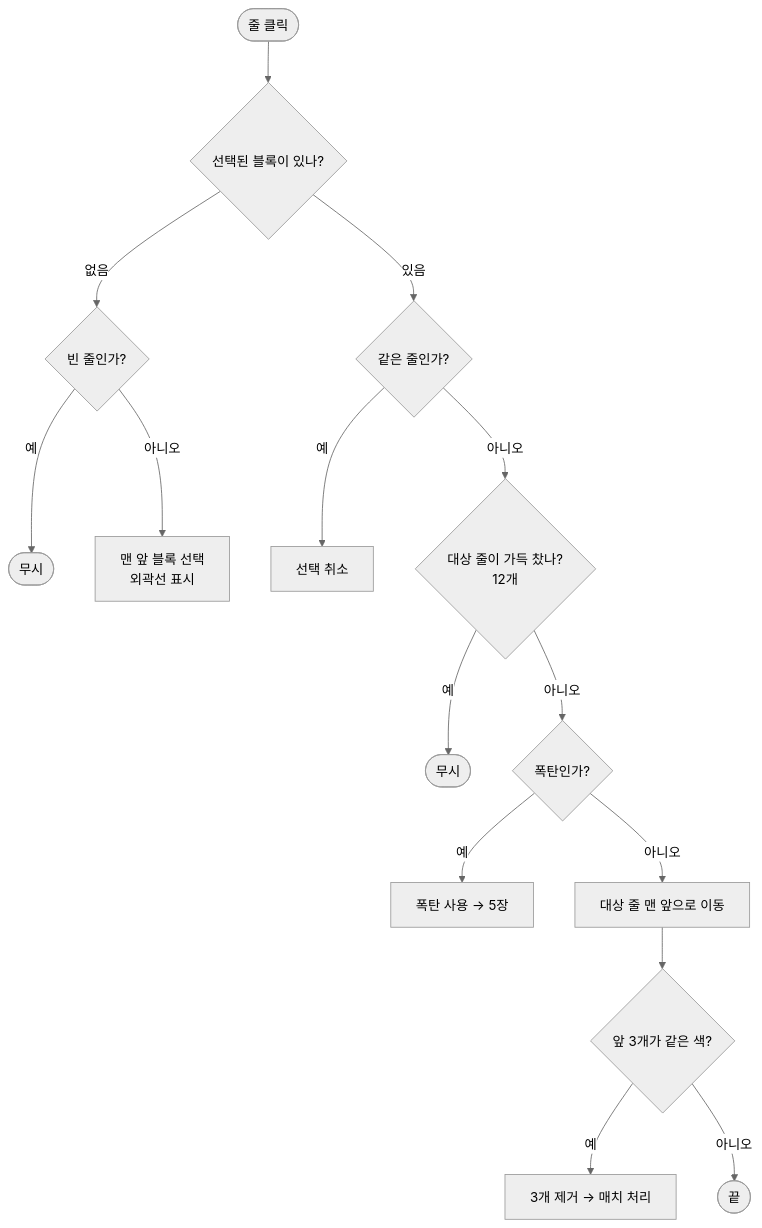
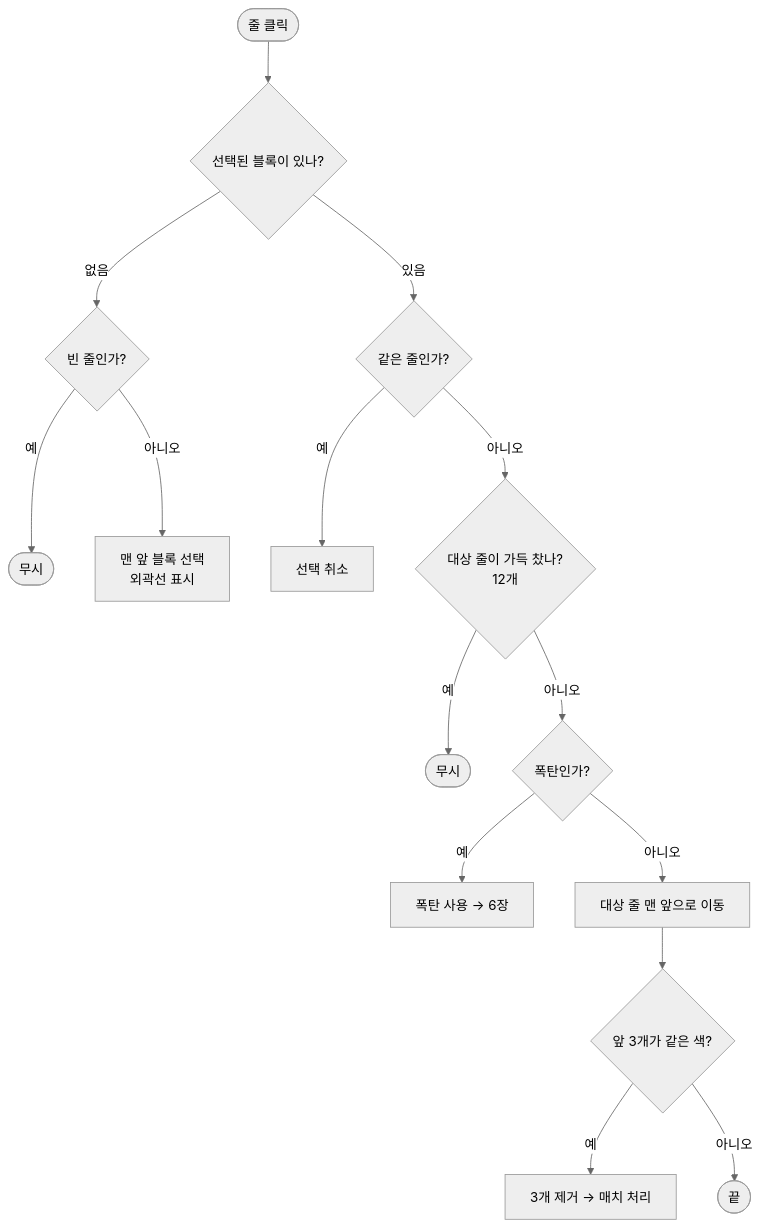
One commit to Gryphon34/portfolio-template changed the second of 4 diagrams in src/0-Tidy-Mommy/프로젝트문서.md. Above: the diagram before and after it, drawn with Mermaid. The commit also changed other lines of this file and 7 other files, not shown here.

````diff
--- a/src/0-Tidy-Mommy/프로젝트문서.md
+++ b/src/0-Tidy-Mommy/프로젝트문서.md
@@ -168,18 +171,18 @@
 ```mermaid
 %%{init: {'theme':'neutral'}}%%
 flowchart TD
     A([줄 클릭]) --> B{선택된 블록이 있나?}
     B -->|없음| C{빈 줄인가?}
     C -->|예| X([무시])
     C -->|아니오| D[맨 앞 블록 선택<br/>외곽선 표시]
     B -->|있음| E{같은 줄인가?}
     E -->|예| F[선택 취소]
     E -->|아니오| G{대상 줄이 가득 찼나?<br/>12개}
     G -->|예| X2([무시])
     G -->|아니오| H{폭탄인가?}
-    H -->|예| I[폭탄 사용 → 5장]
+    H -->|예| I[폭탄 사용 → 6장]
     H -->|아니오| J[대상 줄 맨 앞으로 이동]
     J --> K{앞 3개가 같은 색?}
     K -->|예| L[3개 제거 → 매치 처리]
     K -->|아니오| M([끝])
 ```
````
